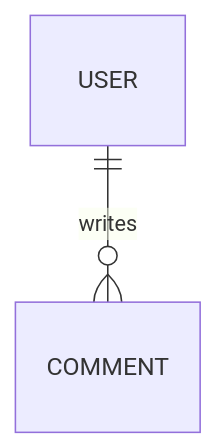
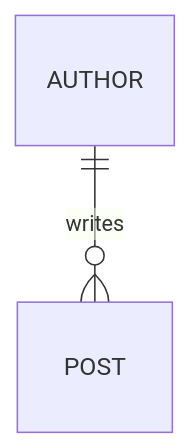
Before and after one commit to sdelquin/aprendepython: the fourth of 6 diagrams in docs/paquetes/web/django/modelos.md, drawn with Mermaid. The commit also changed other lines of this file and 1 other file, not shown here.

````diff
--- a/docs/paquetes/web/django/modelos.md
+++ b/docs/paquetes/web/django/modelos.md
@@ -2093,4 +2094,4 @@
 ```mermaid
 erDiagram
-    USER ||--o{ COMMENT : writes
+    AUTHOR ||--o{ POST : writes
 ```
````
